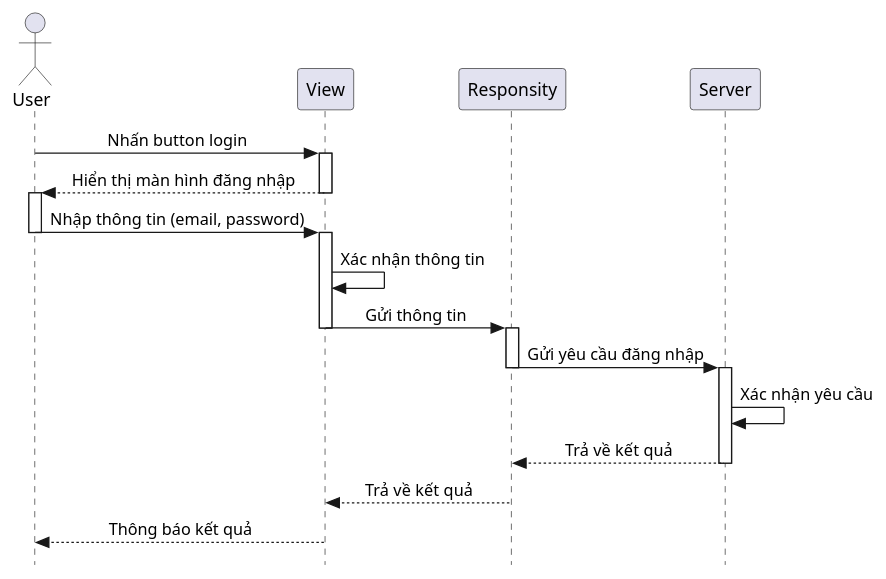
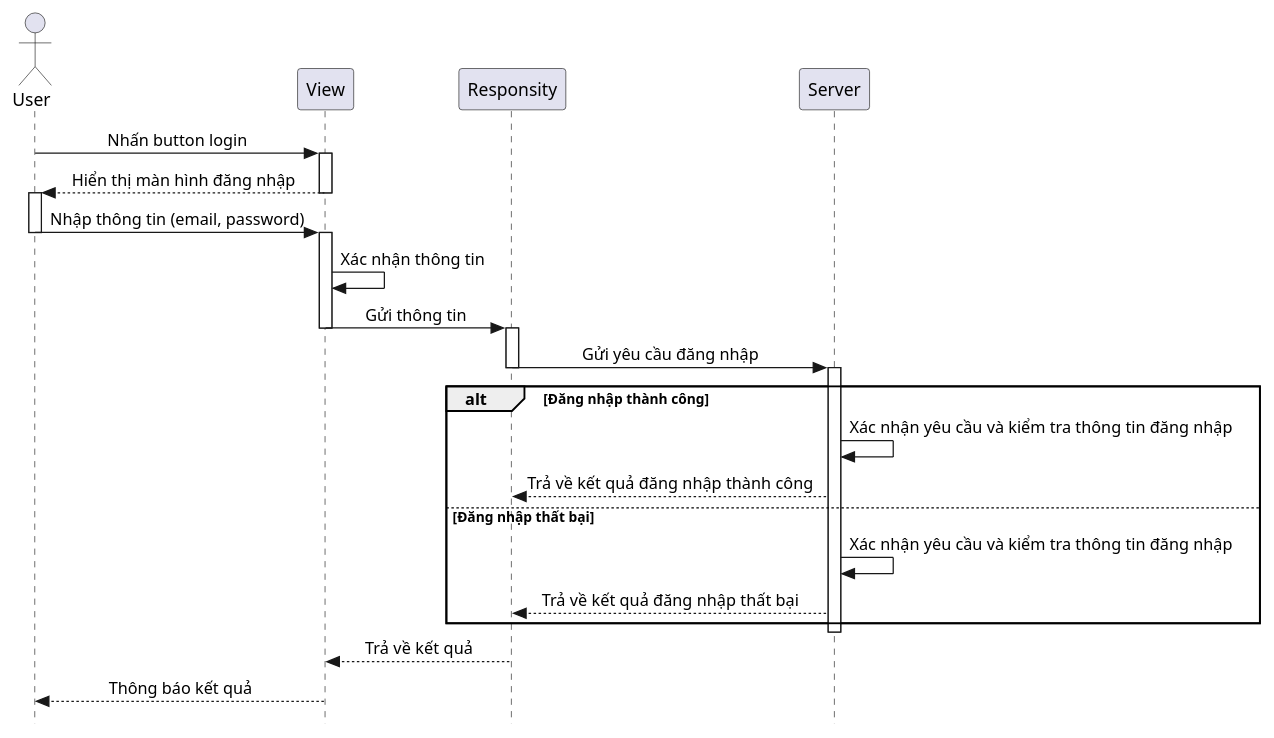
The diagram in Lab1/Lab1.2/Login/Login_Seq.pu (HiimDucManh/SE357-Pratice-class), drawn with PlantUML before and after one commit. The commit also changed 6 other files, not shown here.

```diff
--- a/Lab1/Lab1.2/Login/Login_Seq.pu
+++ b/Lab1/Lab1.2/Login/Login_Seq.pu
@@ -1,26 +1,34 @@
 @startuml
 skinparam style strictuml
 skinparam SequenceMessageAlignment center
 
 actor User
-User -> View : Nhấn button login
+User -> View: Nhấn button login
 activate View
-View --> User : Hiển thị màn hình đăng nhập
+View --> User: Hiển thị màn hình đăng nhập
 deactivate View
 activate User
-User -> View : Nhập thông tin (email, password)
+User -> View: Nhập thông tin (email, password)
 deactivate User
 activate View
-View -> View : Xác nhận thông tin
-View -> Responsity : Gửi thông tin
+View -> View: Xác nhận thông tin
+View -> Responsity: Gửi thông tin
 deactivate View
 activate Responsity
-Responsity -> Server : Gửi yêu cầu đăng nhập
+Responsity -> Server: Gửi yêu cầu đăng nhập
 deactivate Responsity
 activate Server
-Server -> Server : Xác nhận yêu cầu
-Server --> Responsity : Trả về kết quả
+
+alt Đăng nhập thành công
+    Server -> Server: Xác nhận yêu cầu và kiểm tra thông tin đăng nhập
+    Server --> Responsity: Trả về kết quả đăng nhập thành công
+else Đăng nhập thất bại
+    Server -> Server: Xác nhận yêu cầu và kiểm tra thông tin đăng nhập
+    Server --> Responsity: Trả về kết quả đăng nhập thất bại
+end
+
 deactivate Server
-Responsity --> View : Trả về kết quả
-View --> User : Thông báo kết quả
+
+Responsity --> View: Trả về kết quả
+View --> User: Thông báo kết quả
 @enduml
```
